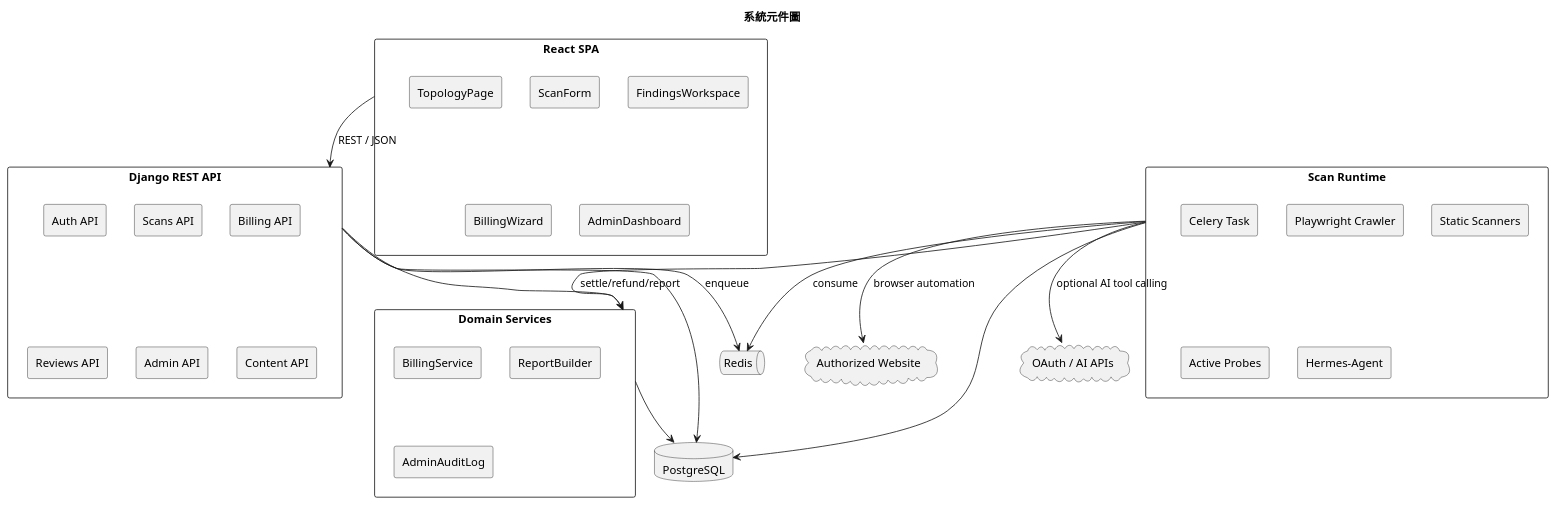
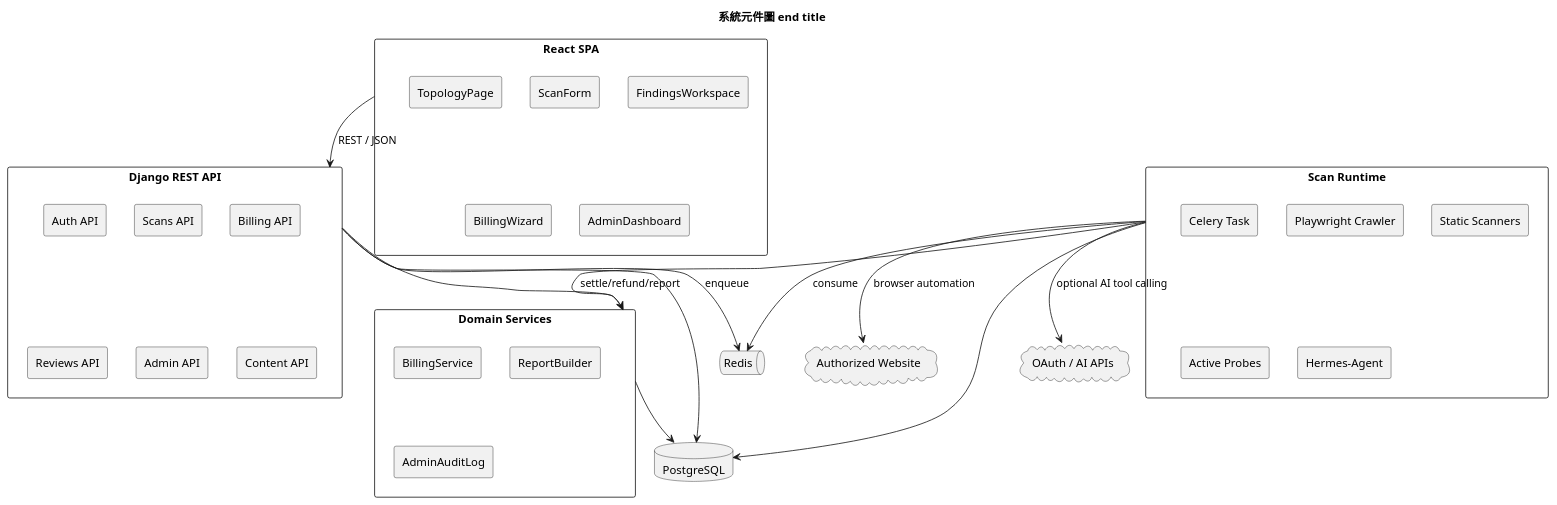
One commit to Djude1/Argus changed diagram 11 of 13 in PlantUML.md. Above: the diagram before and after it, drawn with PlantUML. The commit also changed other lines of this file, not shown here.

````diff
--- a/PlantUML.md
+++ b/PlantUML.md
@@ -744,55 +744,55 @@
 ```plantuml
 @startuml
-title 系統元件圖
+title 系統元件圖 end title
 skinparam defaultFontName Microsoft JhengHei
 skinparam shadowing false
 skinparam componentStyle rectangle
 
 component "React SPA" as SPA {
   [ScanForm]
   [FindingsWorkspace]
   [TopologyPage]
   [BillingWizard]
   [AdminDashboard]
 }
 
 component "Django REST API" as API {
   [Auth API]
   [Scans API]
   [Billing API]
   [Reviews API]
   [Admin API]
   [Content API]
 }
 
 component "Domain Services" as Services {
   [BillingService]
   [ReportBuilder]
   [AdminAuditLog]
 }
 
 component "Scan Runtime" as Runtime {
   [Celery Task]
   [Playwright Crawler]
   [Static Scanners]
   [Active Probes]
   [Hermes-Agent]
 }
 
 database "PostgreSQL" as DB
 queue "Redis" as Redis
 cloud "Authorized Website" as Target
 cloud "OAuth / AI APIs" as External
 
 SPA --> API : REST / JSON
 API --> Services
 API --> Redis : enqueue
 Runtime --> Redis : consume
 Runtime --> Target : browser automation
 Runtime --> Services : settle/refund/report
 Runtime --> External : optional AI tool calling
 API --> DB
 Services --> DB
 Runtime --> DB
 @enduml
 ```
````
